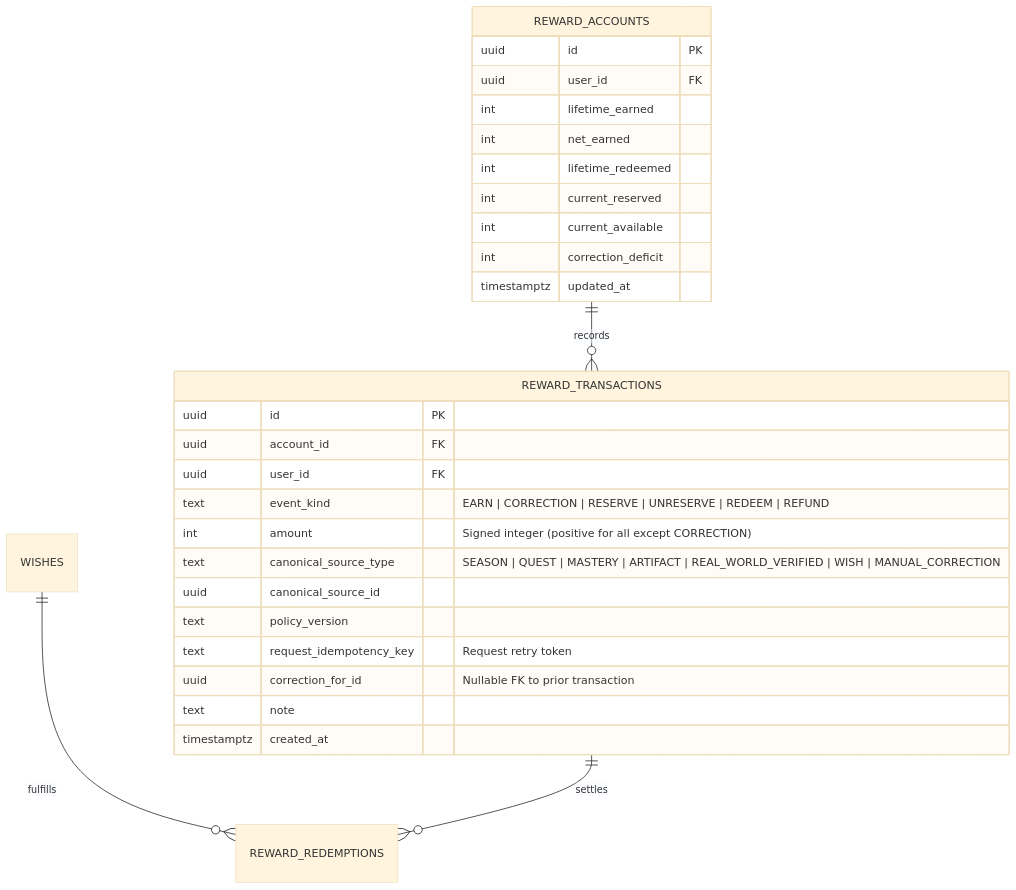
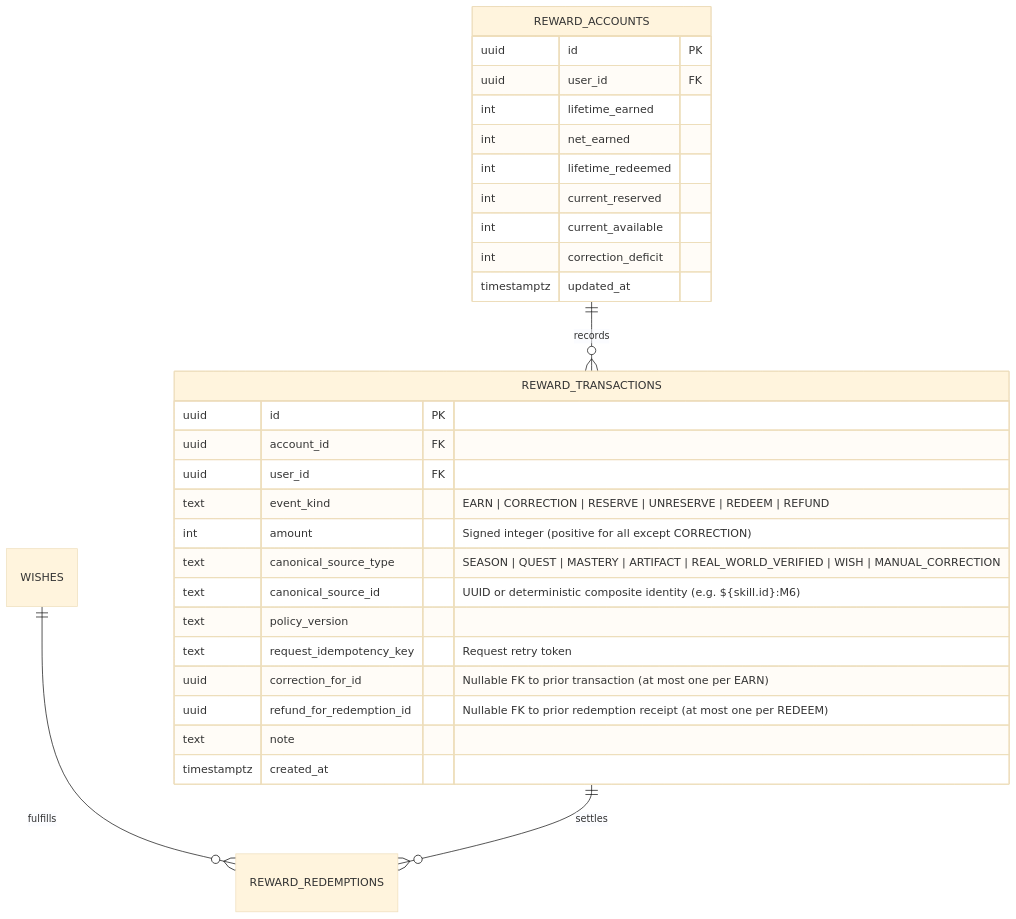
The first of 2 diagrams in docs/Phase8/06_REWARD_ECONOMY_AND_WISHES_SPEC.md (Daylily-Huang/AI-Personal-Growth-RPG), drawn with Mermaid (base theme) before and after one commit. The commit also changed other lines of this file and 9 other files, not shown here.

````diff
--- a/docs/Phase8/06_REWARD_ECONOMY_AND_WISHES_SPEC.md
+++ b/docs/Phase8/06_REWARD_ECONOMY_AND_WISHES_SPEC.md
@@ -54,33 +55,34 @@
 ```mermaid
 erDiagram
     REWARD_ACCOUNTS ||--o{ REWARD_TRANSACTIONS : records
     WISHES ||--o{ REWARD_REDEMPTIONS : fulfills
     REWARD_TRANSACTIONS ||--o{ REWARD_REDEMPTIONS : settles
     
     REWARD_ACCOUNTS {
         uuid id PK
         uuid user_id FK
         int lifetime_earned
         int net_earned
         int lifetime_redeemed
         int current_reserved
         int current_available
         int correction_deficit
         timestamptz updated_at
     }
     
     REWARD_TRANSACTIONS {
         uuid id PK
         uuid account_id FK
         uuid user_id FK
         text event_kind "EARN | CORRECTION | RESERVE | UNRESERVE | REDEEM | REFUND"
         int amount "Signed integer (positive for all except CORRECTION)"
         text canonical_source_type "SEASON | QUEST | MASTERY | ARTIFACT | REAL_WORLD_VERIFIED | WISH | MANUAL_CORRECTION"
-        uuid canonical_source_id
+        text canonical_source_id "UUID or deterministic composite identity (e.g. ${skill.id}:M6)"
         text policy_version
         text request_idempotency_key "Request retry token"
-        uuid correction_for_id "Nullable FK to prior transaction"
+        uuid correction_for_id "Nullable FK to prior transaction (at most one per EARN)"
+        uuid refund_for_redemption_id "Nullable FK to prior redemption receipt (at most one per REDEEM)"
         text note
         timestamptz created_at
     }
 ```
````
